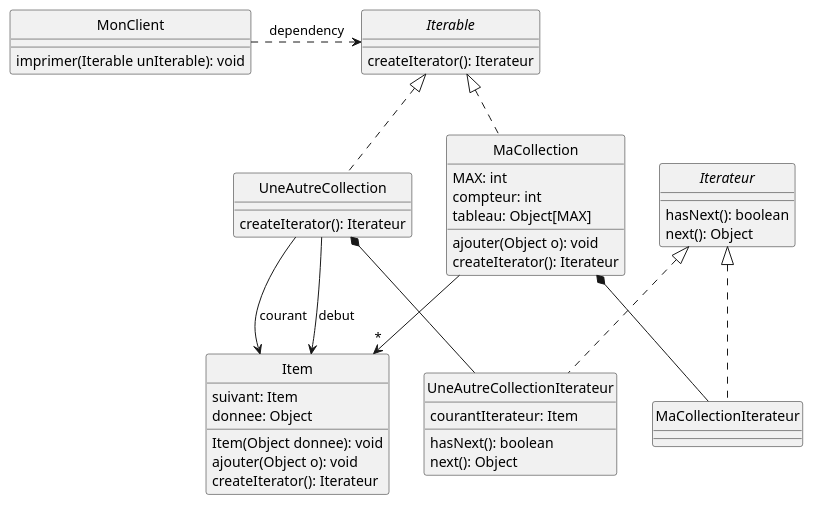
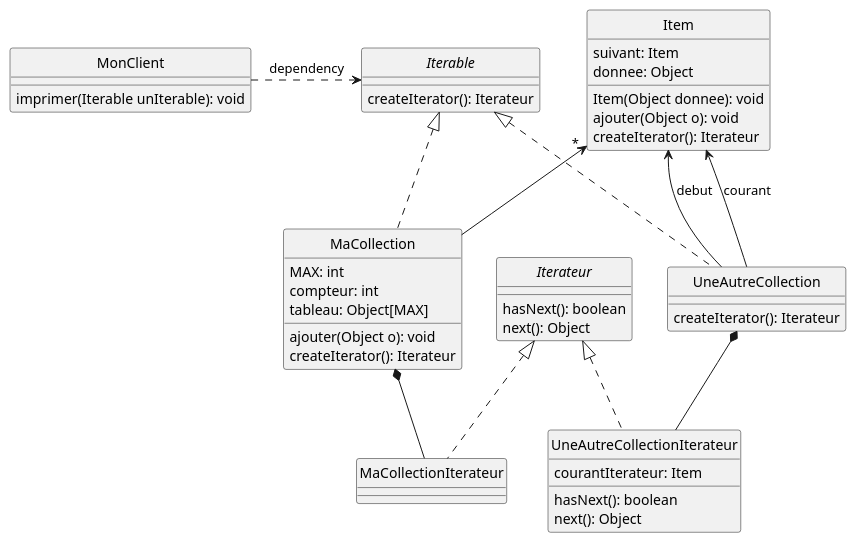
The diagram in src/main/java/Iterateur/Collection/README.puml (yvanross/LOG121-GOF-exemples), drawn with PlantUML before and after one commit. The commit also changed other lines of this file and 7 other files, not shown here.

```diff
--- a/src/main/java/Iterateur/Collection/README.puml
+++ b/src/main/java/Iterateur/Collection/README.puml
@@ -1,58 +1,60 @@
 @startuml Diagramme de classe
 skinparam style strictuml
  interface Iterable {
 	 createIterator(): Iterateur
 }
  interface Iterateur {
 	 hasNext(): boolean
 	 next(): Object
 }
 
 class MaCollection {
   MAX: int
   compteur: int
   tableau: Object[MAX]
   ajouter(Object o): void
   createIterator(): Iterateur
 }
 
 class UneAutreCollection{
     createIterator(): Iterateur
 
 }
 class MaCollection implements Iterable 
 
 class MonClient {
 	imprimer(Iterable unIterable): void
 }
 
-class MaCollectionIterateur implements Iterateur
-
-class UneAutreCollection implements Iterable 
 
  class Item {
 		suivant: Item
 		donnee: Object
 		
 		Item(Object donnee): void 
 	ajouter(Object o): void
 	 createIterator(): Iterateur
    }
 
 class UneAutreCollection{}   
 	
-	class UneAutreCollectionIterateur {
-		 courantIterateur: Item
-		  hasNext(): boolean
-     next(): Object
-	}
+class UneAutreCollectionIterateur {
+		courantIterateur: Item
+		hasNext(): boolean
+	next(): Object
+}
+
 class UneAutreCollectionIterateur implements Iterateur
+class MaCollectionIterateur implements Iterateur
+
+class UneAutreCollection implements Iterable 
+
 MaCollection *-- MaCollectionIterateur
 UneAutreCollection *-- UneAutreCollectionIterateur
 
-UneAutreCollection -> Item: debut
-UneAutreCollection -> Item: courant
+UneAutreCollection -up-> Item: debut
+UneAutreCollection -u-> Item: courant
 
 MonClient .-right-> Iterable: dependency
-MaCollection --> "*" Item
+MaCollection -u-> "*" Item
 @enduml
```
